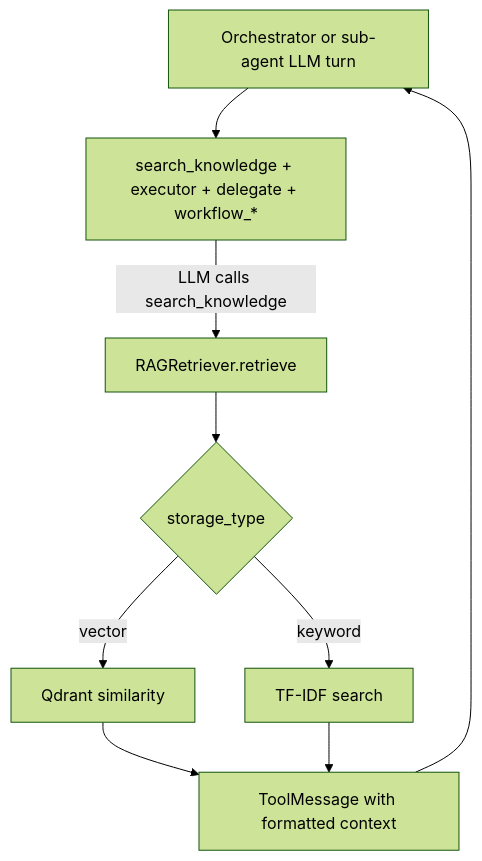
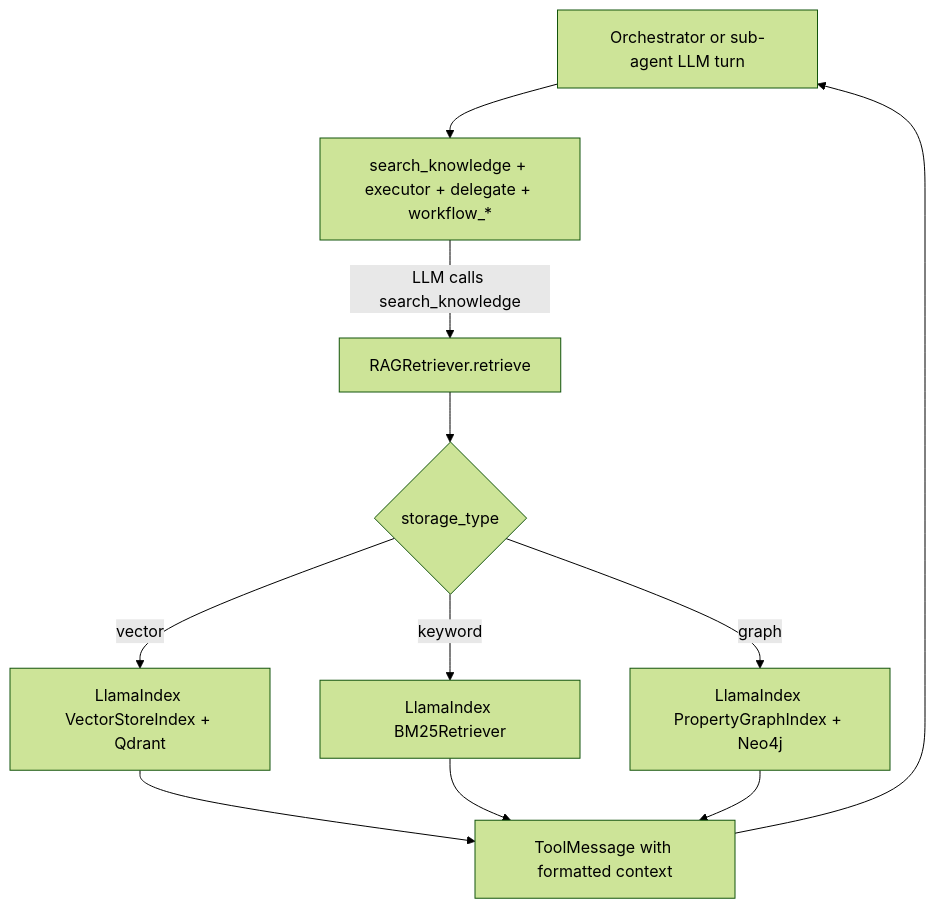
One commit to shehan-jayasinghe/bot-builder changed the diagram in backend/document/chat/03-rag-at-chat-diagrams.md. Above: the diagram before and after it, drawn with Mermaid (forest theme). The commit also changed other lines of this file and 41 other files, not shown here.

First line of the commit message:
refactor: migrate RAG infrastructure from custom implementations to LlamaIndex

````diff
--- a/backend/document/chat/03-rag-at-chat-diagrams.md
+++ b/backend/document/chat/03-rag-at-chat-diagrams.md
@@ -19,12 +21,14 @@
 ```mermaid
 flowchart TB
     TURN[Orchestrator or sub-agent LLM turn]
     TURN --> TOOLS[search_knowledge + executor + delegate + workflow_*]
     TOOLS -->|LLM calls search_knowledge| RET[RAGRetriever.retrieve]
     RET --> TYPE{storage_type}
-    TYPE -->|vector| Q[Qdrant similarity]
-    TYPE -->|keyword| K[TF-IDF search]
+    TYPE -->|vector| Q[LlamaIndex VectorStoreIndex + Qdrant]
+    TYPE -->|keyword| K[LlamaIndex BM25Retriever]
+    TYPE -->|graph| G[LlamaIndex PropertyGraphIndex + Neo4j]
     Q --> TM[ToolMessage with formatted context]
     K --> TM
+    G --> TM
     TM --> TURN
 ```
````
